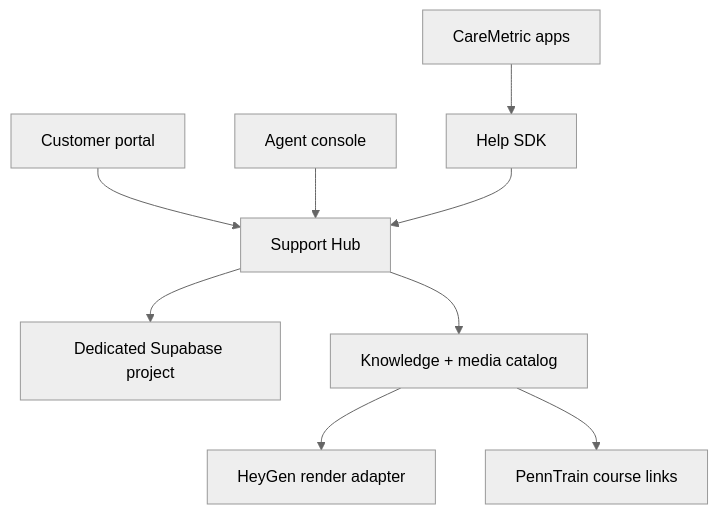
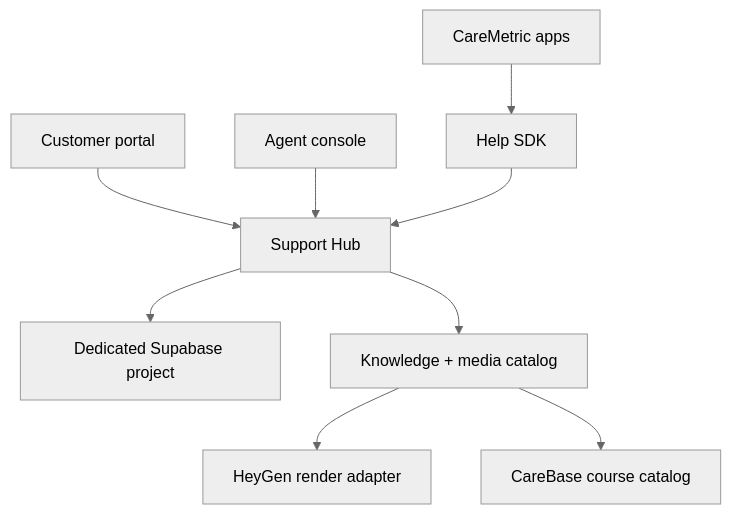
Before and after one commit to kdeyarmin/caremetric-support-hub: the diagram in README.md, drawn with Mermaid (neutral theme). The commit also changed other lines of this file and 21 other files, not shown here.

````diff
--- a/README.md
+++ b/README.md
@@ -35,11 +38,11 @@
 ```mermaid
 flowchart TD
   Apps["CareMetric apps"] --> SDK["Help SDK"]
   Portal["Customer portal"] --> Hub["Support Hub"]
   Console["Agent console"] --> Hub
   SDK --> Hub
   Hub --> DB["Dedicated Supabase project"]
   Hub --> Content["Knowledge + media catalog"]
   Content --> HeyGen["HeyGen render adapter"]
-  Content --> PennTrain["PennTrain course links"]
+  Content --> PennTrain["CareBase course catalog"]
 ```
````
